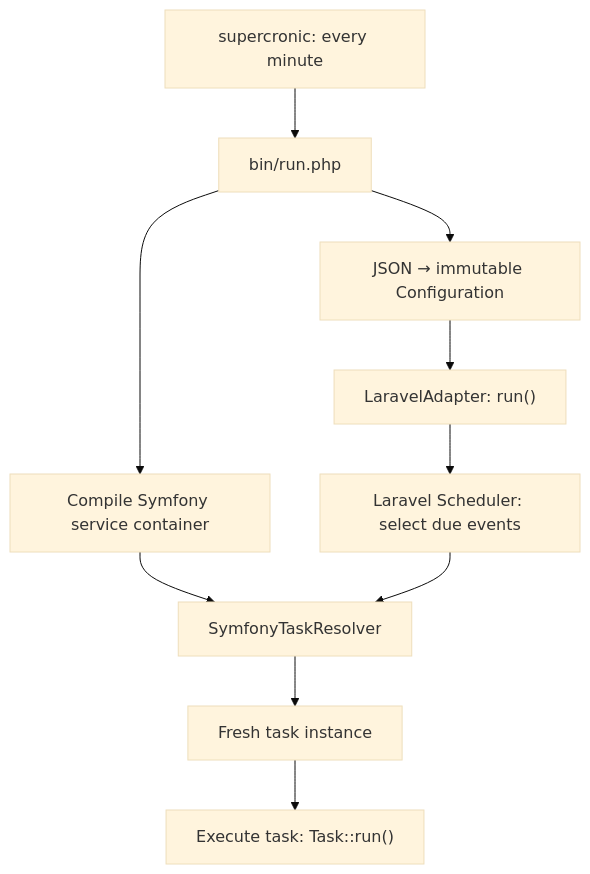
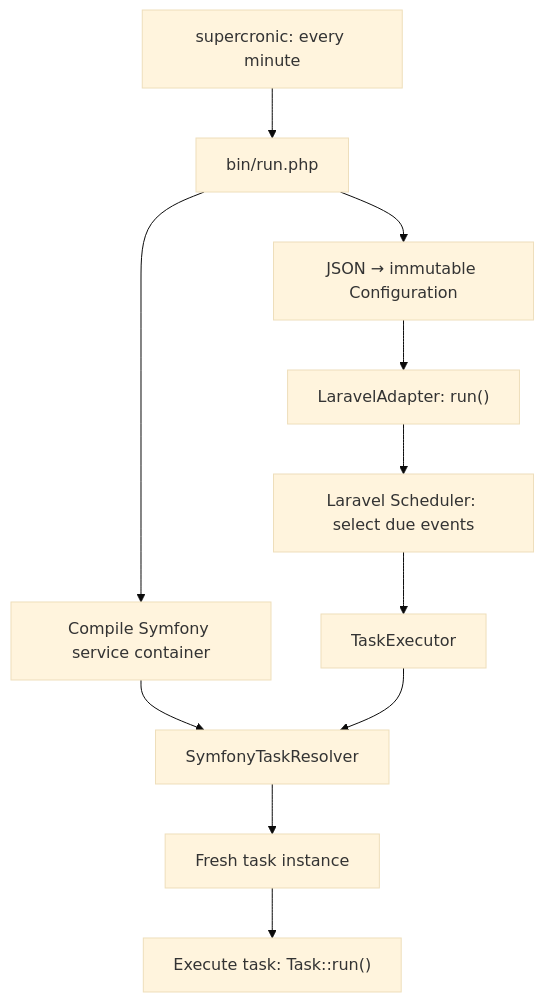
One commit to pupitooo/emorfiq-adapter changed the diagram in README.md. Above: the diagram before and after it, drawn with Mermaid (base theme). The commit also changed other lines of this file and 27 other files, not shown here.

````diff
--- a/README.md
+++ b/README.md
@@ -38,12 +38,13 @@
 ```mermaid
 flowchart TD
     Cron["supercronic: every minute"] --> CLI["bin/run.php"]
     CLI --> Config["JSON → immutable Configuration"]
     CLI --> Container["Compile Symfony service container"]
     Config --> Adapter["LaravelAdapter: run()"]
     Container --> Resolver["SymfonyTaskResolver"]
     Adapter --> Scheduler["Laravel Scheduler: select due events"]
-    Scheduler --> Resolver
+    Scheduler --> Executor["TaskExecutor"]
+    Executor --> Resolver
     Resolver --> Task["Fresh task instance"]
     Task --> Execution["Execute task: Task::run()"]
 ```
````
